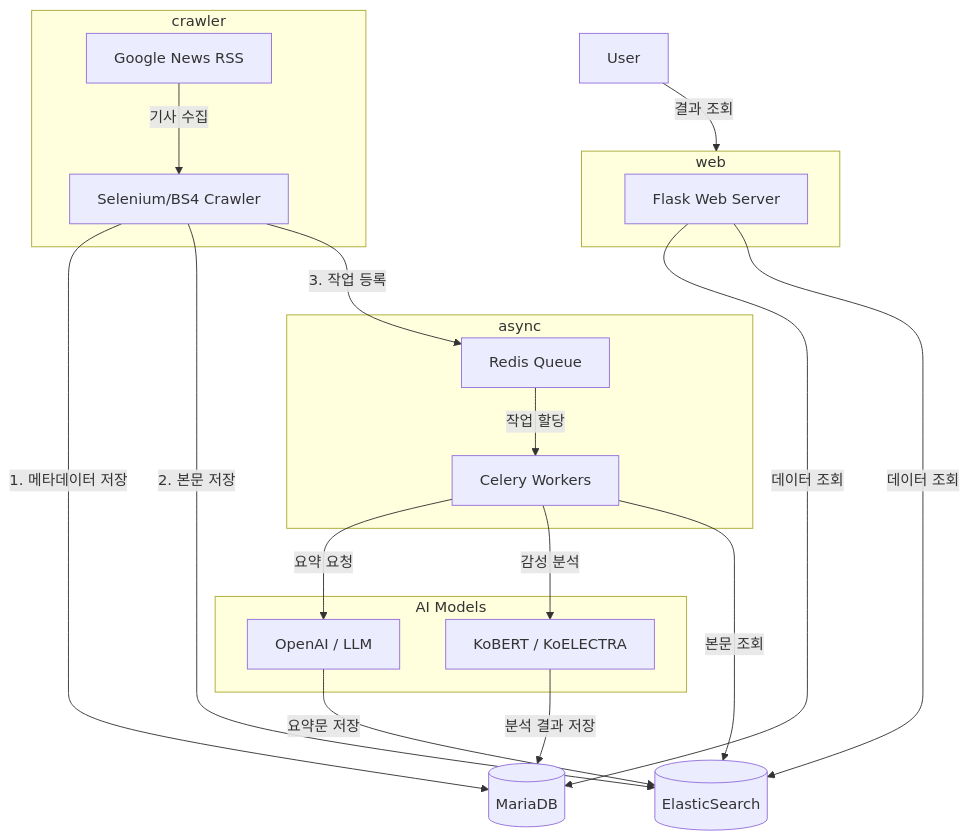
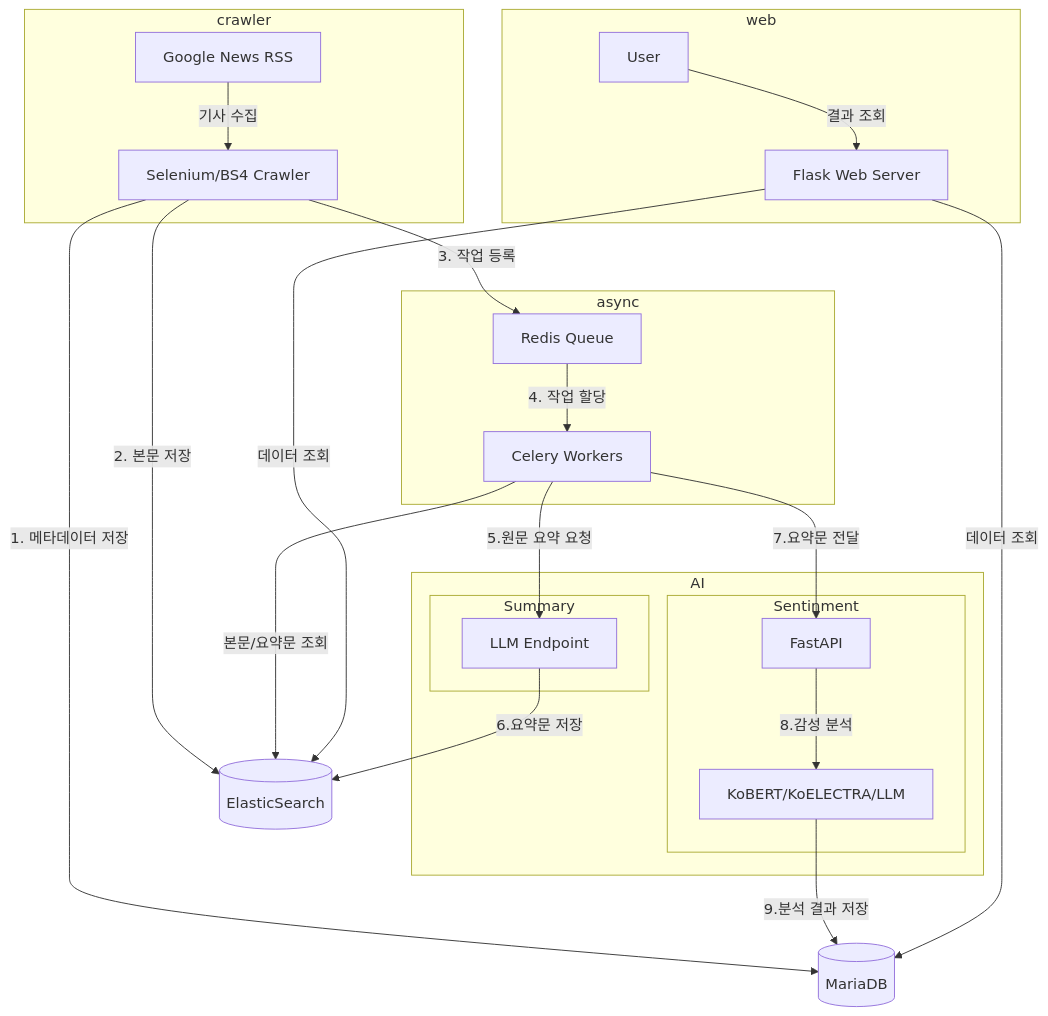
The diagram in 2-8. AI(LLM)/crawler&sentiment_analysis/v2/README.md (wocheon/2.linux), drawn with Mermaid before and after one commit.

````diff
--- a/2-8. AI(LLM)/crawler&sentiment_analysis/v2/README.md
+++ b/2-8. AI(LLM)/crawler&sentiment_analysis/v2/README.md
@@ -11,57 +11,73 @@
 ```mermaid
 graph TB
     %% 노드 정의
     RSS[Google News RSS]
     Crawler[Selenium/BS4 Crawler]
     ES[(ElasticSearch)]
     MySQL[(MariaDB)]
     Redis[Redis Queue]
     Worker[Celery Workers]
-    LLM[OpenAI / LLM]
-    Models[KoBERT / KoELECTRA]
+    FASTAPI[FastAPI]
+    LLM[LLM Endpoint]
+    Models[KoBERT/KoELECTRA/LLM]
     Web[Flask Web Server]
     User[User]
 
 
 subgraph "crawler"
     RSS
     Crawler
 end
 
-subgraph "web"
-    Web
-end
-
 subgraph "async"
     Redis
     Worker
 end
 
-subgraph "AI Models"
-    LLM
-    Models
+subgraph "AI"
+    subgraph "Sentinment"
+        FASTAPI
+        Models
+    end
+
+    subgraph "Summary"
+        LLM    
+    end
 end
+
+
+subgraph "web"
+    User
+    Web
+end
+
+
 
 User~~~async
 web~~~async
-
-%% 서비스 단계
-Web -->|데이터 조회| MySQL
-Web -->|데이터 조회| ES
 
 %% 수집 단계    
 RSS -->|기사 수집| Crawler
 Crawler -->|1. 메타데이터 저장| MySQL
 Crawler -->|2. 본문 저장| ES
 Crawler -->|3. 작업 등록| Redis
 
-Worker -->|요약 요청| LLM
-Worker -->|감성 분석| Models
-LLM -->|요약문 저장| ES
-Models -->|분석 결과 저장| MySQL
+%% 처리 단계
+Worker -->|본문/요약문 조회| ES
+Redis -->|4. 작업 할당| Worker
 
-%% 처리 단계
-Redis -->|작업 할당| Worker
-Worker -->|본문 조회| ES
-User -->|결과 조회| web
+
+%% AI 단계
+Worker -->|5.원문 요약 요청| LLM
+LLM -->|6.요약문 저장| ES
+Worker -->|7.요약문 전달| FASTAPI
+FASTAPI -->|8.감성 분석| Models
+Models -->|9.분석 결과 저장| MySQL
+
+
+
+%% 서비스 단계
+User -->|결과 조회| Web
+Web -->|데이터 조회| MySQL
+Web -->|데이터 조회| ES
 ```
````
